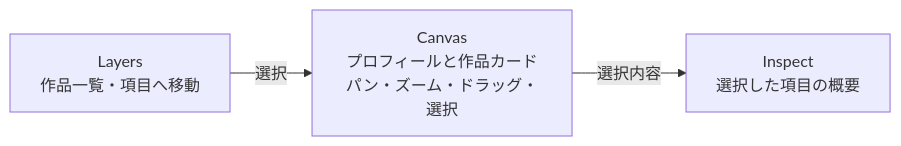
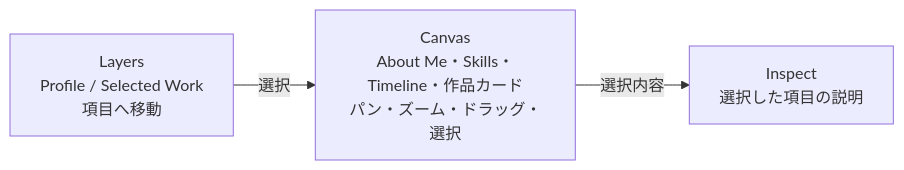
One commit to s0nmy/my-portfolio changed the diagram in docs/infinite-canvas.md. Above: the diagram before and after it, drawn with Mermaid. The commit also changed other lines of this file and 12 other files, not shown here.

````diff
--- a/docs/infinite-canvas.md
+++ b/docs/infinite-canvas.md
@@ -7,8 +7,8 @@
 ```mermaid
 flowchart LR
-  L["Layers<br/>作品一覧・項目へ移動"]
-  C["Canvas<br/>プロフィールと作品カード<br/>パン・ズーム・ドラッグ・選択"]
-  I["Inspect<br/>選択した項目の概要"]
+  L["Layers<br/>Profile / Selected Work<br/>項目へ移動"]
+  C["Canvas<br/>About Me・Skills・Timeline・作品カード<br/>パン・ズーム・ドラッグ・選択"]
+  I["Inspect<br/>選択した項目の説明"]
   L -->|選択| C
   C -->|選択内容| I
 ```
````
